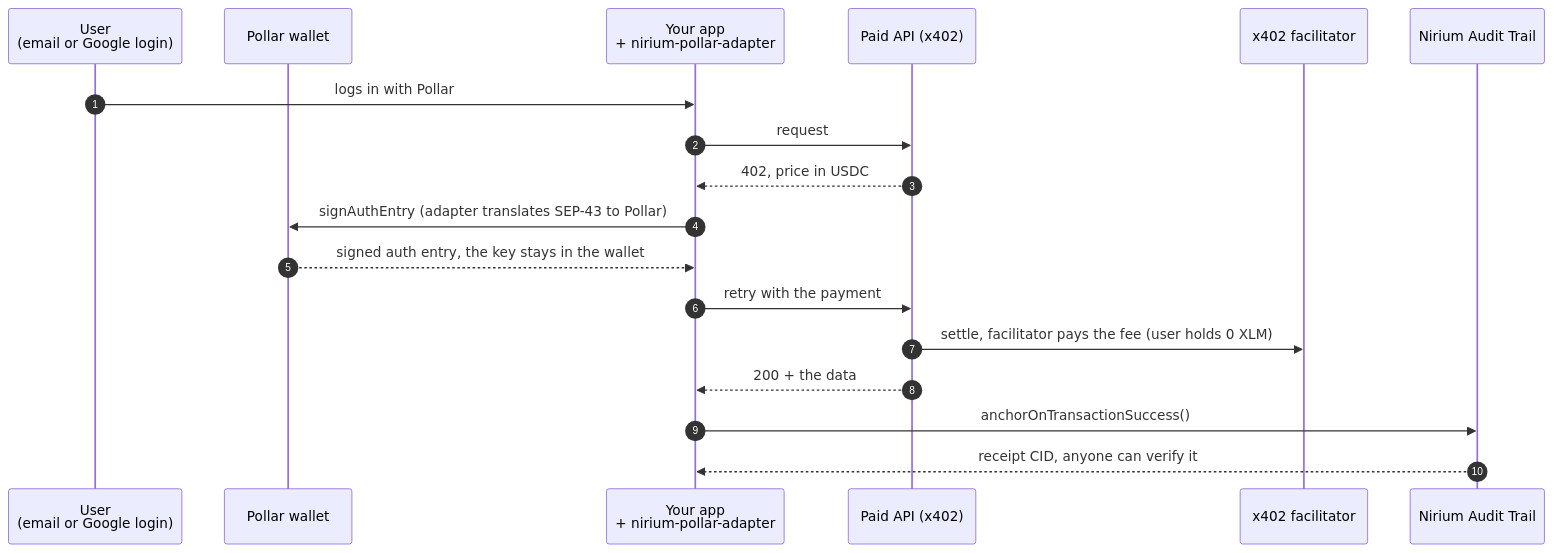
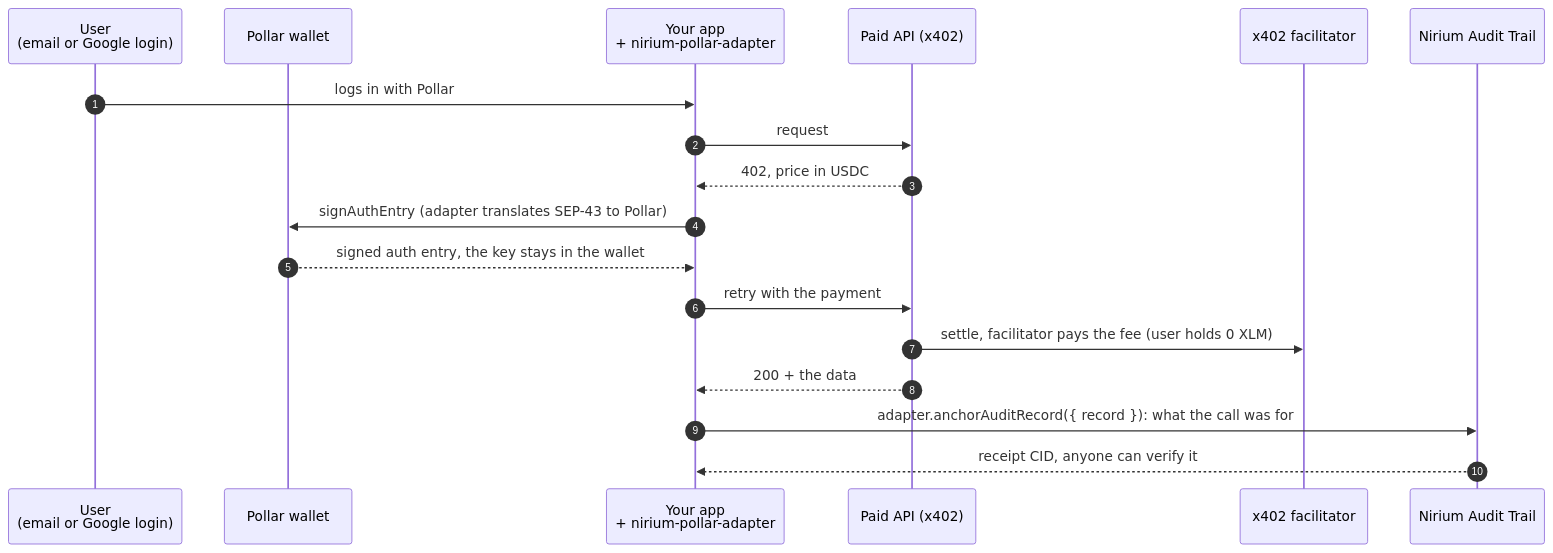
One commit to nirium-protocol/nirium-pollar-adapter changed the diagram in README.md. Above: the diagram before and after it, drawn with Mermaid.

Commit message:
docs: diagram's anchor step uses anchorAuditRecord, not anchorOnTransactionSuccess
The sequence diagram showed anchorOnTransactionSuccess() right after an
x402 payment, but this README says that listener is not emitted for x402
payments. After an x402 call the app anchors with the adapter's
anchorAuditRecord({ record }), and the record is worth anchoring for what
the ledger doesn't hold: what the call was for.

````diff
--- a/README.md
+++ b/README.md
@@ -25,20 +25,20 @@
 ```mermaid
 sequenceDiagram
     autonumber
     participant U as User<br/>(email or Google login)
     participant W as Pollar wallet
     participant A as Your app<br/>+ nirium-pollar-adapter
     participant S as Paid API (x402)
     participant F as x402 facilitator
     participant N as Nirium Audit Trail
     U->>A: logs in with Pollar
     A->>S: request
     S-->>A: 402, price in USDC
     A->>W: signAuthEntry (adapter translates SEP-43 to Pollar)
     W-->>A: signed auth entry, the key stays in the wallet
     A->>S: retry with the payment
     S->>F: settle, facilitator pays the fee (user holds 0 XLM)
     S-->>A: 200 + the data
-    A->>N: anchorOnTransactionSuccess()
+    A->>N: adapter.anchorAuditRecord({ record }): what the call was for
     N-->>A: receipt CID, anyone can verify it
 ```
````
